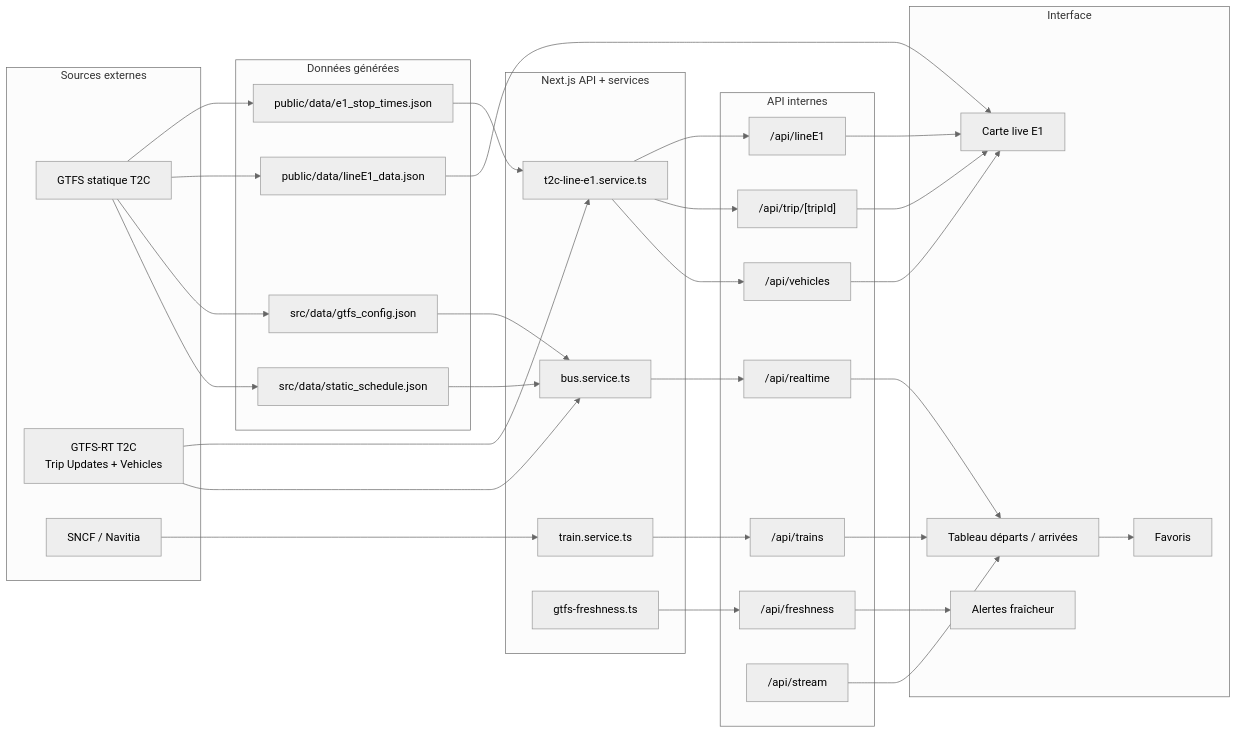
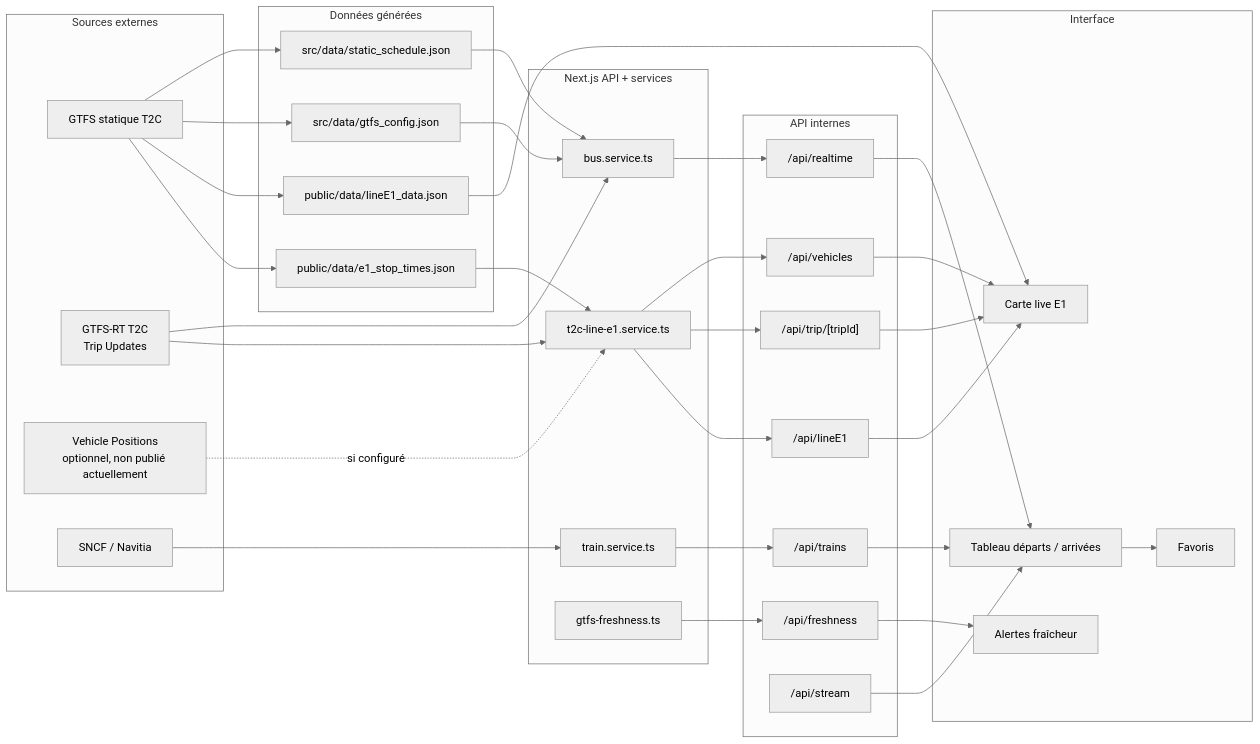
One commit to nickdesi/BusTrainGerzat changed the first of 3 diagrams in README.md. Above: the diagram before and after it, drawn with Mermaid (neutral theme). The commit also changed other lines of this file and 2 other files, not shown here.

````diff
--- a/README.md
+++ b/README.md
@@ -76,65 +76,67 @@
 ```mermaid
 flowchart LR
   subgraph Sources[Sources externes]
     T2CStatic[GTFS statique T2C]
-    T2CRT["GTFS-RT T2C<br/>Trip Updates + Vehicles"]
+    T2CRT["GTFS-RT T2C<br/>Trip Updates"]
+    OptionalGPS["Vehicle Positions<br/>optionnel, non publié actuellement"]
     SNCF[SNCF / Navitia]
   end
 
   subgraph Data[Données générées]
     StaticSchedule["src/data/static_schedule.json"]
     GtfsConfig["src/data/gtfs_config.json"]
     LineE1Map["public/data/lineE1_data.json"]
     LineE1StopTimes["public/data/e1_stop_times.json"]
   end
 
   subgraph Server[Next.js API + services]
     BusService["bus.service.ts"]
     E1Service["t2c-line-e1.service.ts"]
     TrainService["train.service.ts"]
     Freshness["gtfs-freshness.ts"]
   end
 
   subgraph API[API internes]
     Realtime["/api/realtime"]
     Vehicles["/api/vehicles"]
     Trip["/api/trip/[tripId]"]
     Line["/api/lineE1"]
     Trains["/api/trains"]
     Fresh["/api/freshness"]
     Stream["/api/stream"]
   end
 
   subgraph UI[Interface]
     Board[Tableau départs / arrivées]
     Map[Carte live E1]
     Favorites[Favoris]
     Status[Alertes fraîcheur]
   end
 
   T2CStatic --> StaticSchedule
   T2CStatic --> GtfsConfig
   T2CStatic --> LineE1Map
   T2CStatic --> LineE1StopTimes
   T2CRT --> BusService
   T2CRT --> E1Service
+  OptionalGPS -. si configuré .-> E1Service
   SNCF --> TrainService
   StaticSchedule --> BusService
   GtfsConfig --> BusService
   LineE1StopTimes --> E1Service
   LineE1Map --> Map
   BusService --> Realtime
   E1Service --> Vehicles
   E1Service --> Trip
   E1Service --> Line
   TrainService --> Trains
   Freshness --> Fresh
   Realtime --> Board
   Trains --> Board
   Vehicles --> Map
   Trip --> Map
   Line --> Map
   Stream --> Board
   Fresh --> Status
   Board --> Favorites
 ```
````
